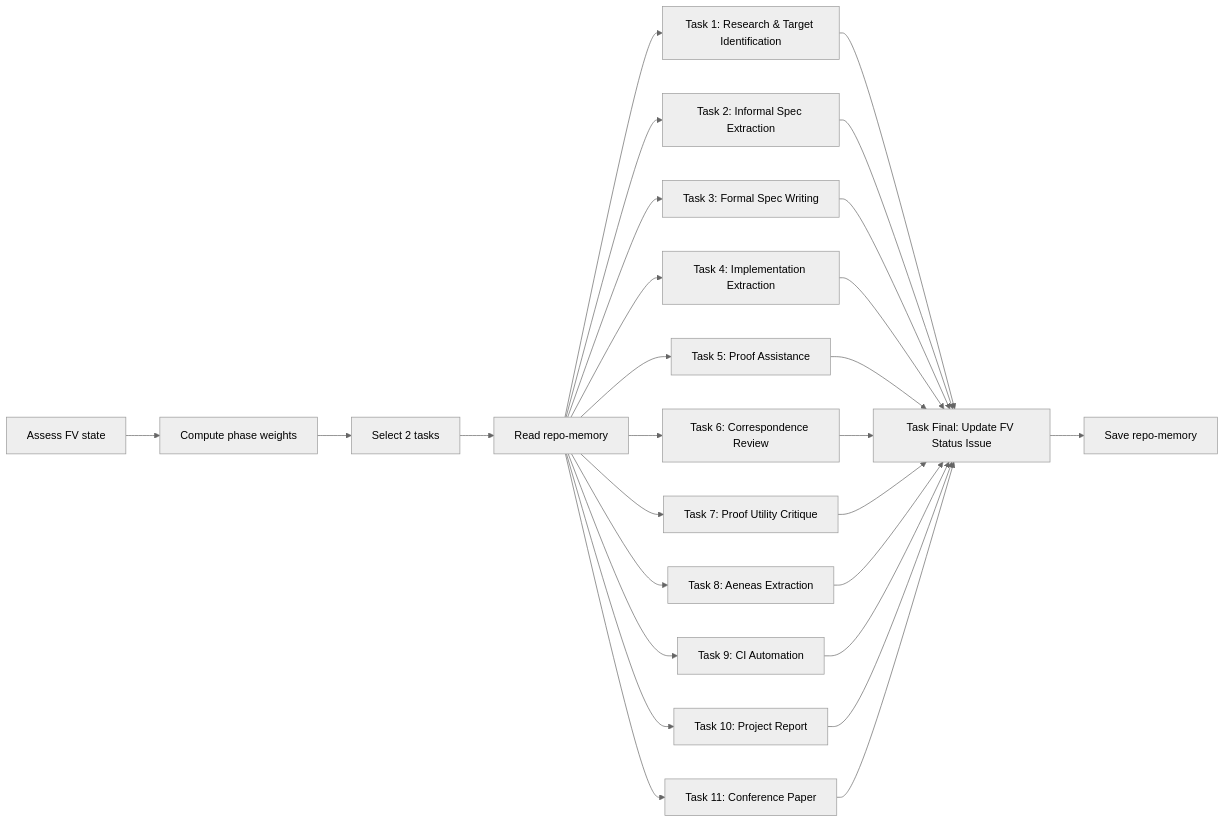
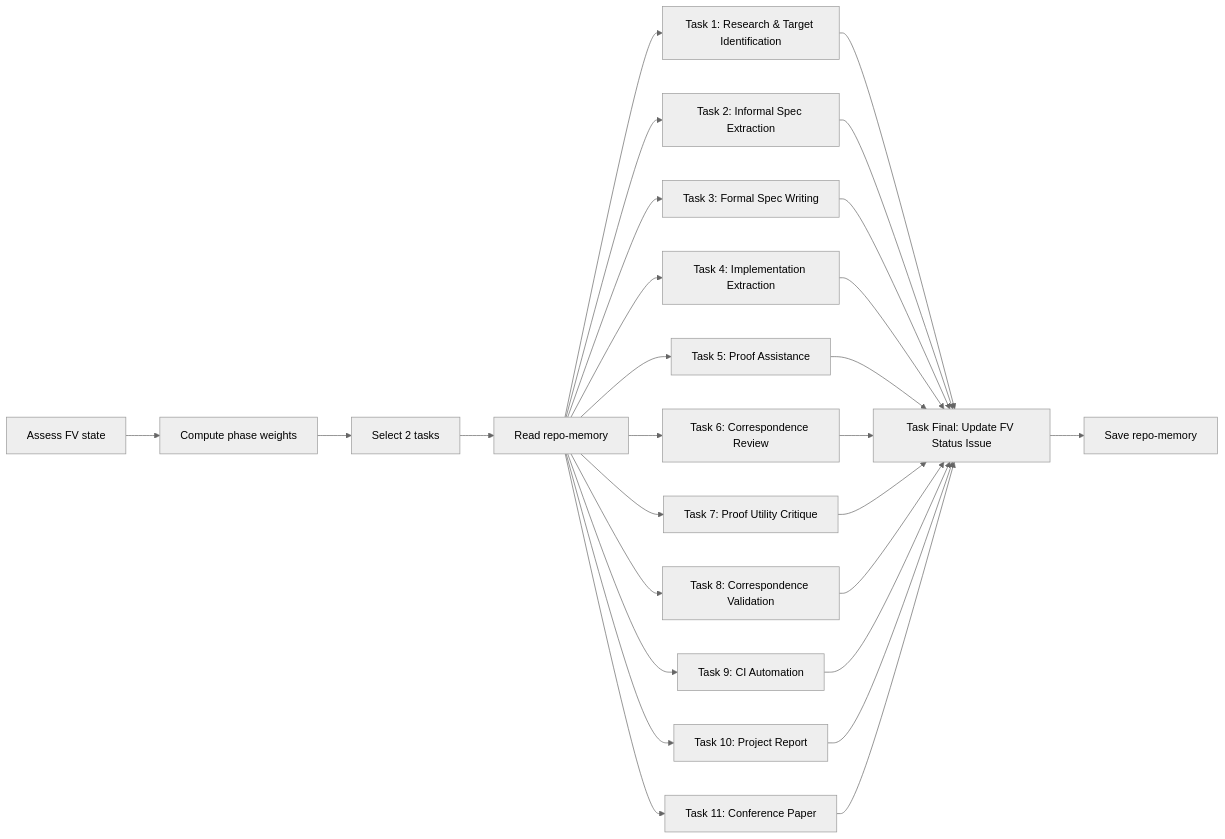
Before and after one commit to githubnext/agentics: the diagram in docs/lean-squad.md, drawn with Mermaid (neutral theme). The commit also changed other lines of this file and 1 other file, not shown here.

`````diff
--- a/docs/lean-squad.md
+++ b/docs/lean-squad.md
@@ -17,19 +17,19 @@
 ````mermaid
 graph LR
     P[Assess FV state] --> W[Compute phase weights]
     W --> S[Select 2 tasks]
     S --> A[Read repo-memory]
     A --> T1[Task 1: Research & Target Identification]
     A --> T2[Task 2: Informal Spec Extraction]
     A --> T3[Task 3: Formal Spec Writing]
     A --> T4[Task 4: Implementation Extraction]
     A --> T5[Task 5: Proof Assistance]
     A --> T6[Task 6: Correspondence Review]
     A --> T7[Task 7: Proof Utility Critique]
-    A --> T8[Task 8: Aeneas Extraction]
+    A --> T8[Task 8: Correspondence Validation]
     A --> T9[Task 9: CI Automation]
     A --> T10[Task 10: Project Report]
     A --> T11[Task 11: Conference Paper]
     T1 & T2 & T3 & T4 & T5 & T6 & T7 & T8 & T9 & T10 & T11 --> TF[Task Final: Update FV Status Issue]
     TF --> M[Save repo-memory]
 ````
`````
